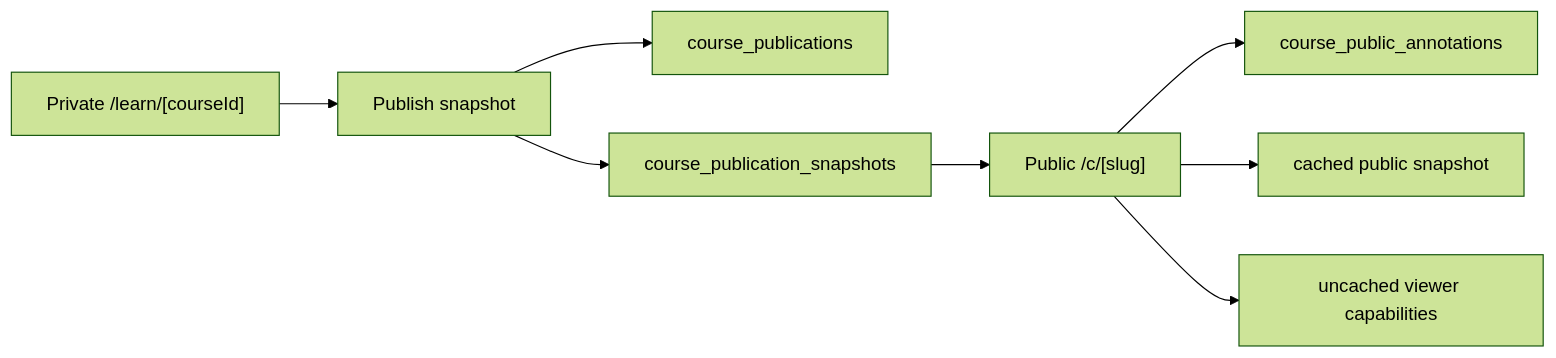
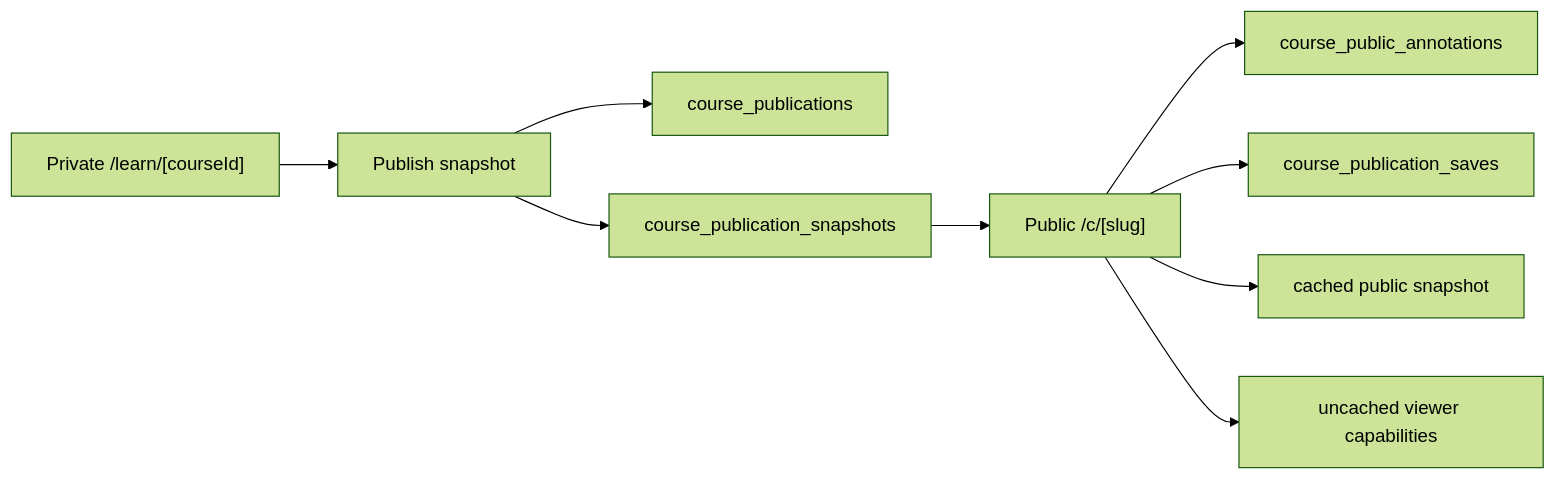
Before and after one commit to 997899594/nexusnote: the diagram in docs/plans/2026-05-30-course-sharing-public-annotations.md, drawn with Mermaid (forest theme). The commit also changed other lines of this file and 7 other files, not shown here.

````diff
--- a/docs/plans/2026-05-30-course-sharing-public-annotations.md
+++ b/docs/plans/2026-05-30-course-sharing-public-annotations.md
@@ -82,10 +85,11 @@
 ```mermaid
 flowchart LR
   Private["Private /learn/[courseId]"] --> Publish["Publish snapshot"]
   Publish --> Publication["course_publications"]
   Publish --> Snapshot["course_publication_snapshots"]
   Snapshot --> PublicReader["Public /c/[slug]"]
   PublicReader --> PublicAnnotations["course_public_annotations"]
+  PublicReader --> PublicationSaves["course_publication_saves"]
   PublicReader --> CachedPublicData["cached public snapshot"]
   PublicReader --> ViewerProjection["uncached viewer capabilities"]
 ```
````
